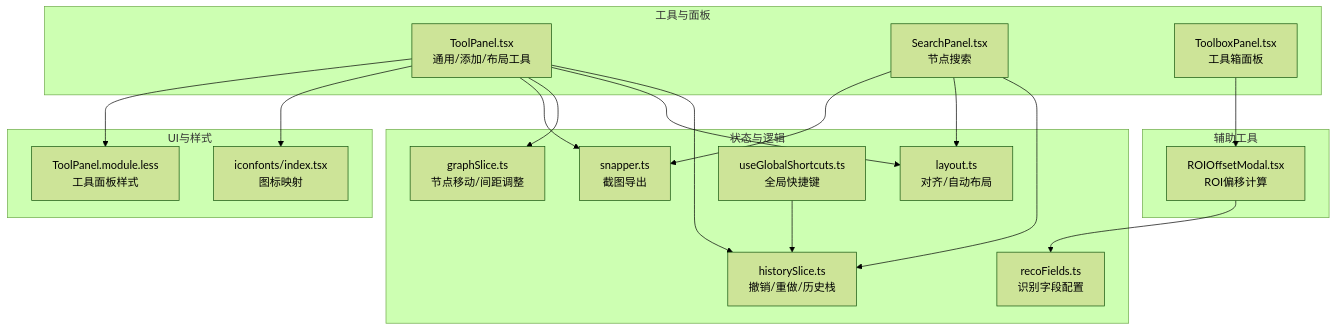
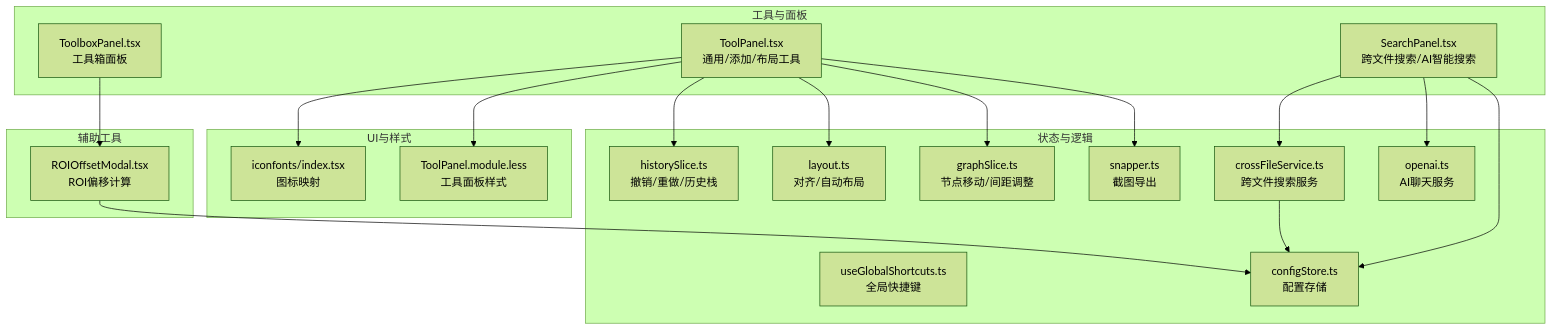
The first of 6 diagrams in .qoder/repowiki/zh/content/核心概念/工具/工具.md (kqcoxn/MaaPipelineEditor), drawn with Mermaid (forest theme) before and after one commit. The commit also changed other lines of this file and 6 other files, not shown here.

````diff
--- a/.qoder/repowiki/zh/content/核心概念/工具/工具.md
+++ b/.qoder/repowiki/zh/content/核心概念/工具/工具.md
@@ -59,35 +64,37 @@
 ```mermaid
 graph TB
 subgraph "工具与面板"
 TP["ToolPanel.tsx<br/>通用/添加/布局工具"]
-SP["SearchPanel.tsx<br/>节点搜索"]
+SP["SearchPanel.tsx<br/>跨文件搜索/AI智能搜索"]
 TB["ToolboxPanel.tsx<br/>工具箱面板"]
 end
 subgraph "状态与逻辑"
 HS["historySlice.ts<br/>撤销/重做/历史栈"]
 LH["layout.ts<br/>对齐/自动布局"]
 GS["graphSlice.ts<br/>节点移动/间距调整"]
 SNAP["snapper.ts<br/>截图导出"]
 GSH["useGlobalShortcuts.ts<br/>全局快捷键"]
-RF["recoFields.ts<br/>识别字段配置"]
+CF["crossFileService.ts<br/>跨文件搜索服务"]
+OPENAI["openai.ts<br/>AI聊天服务"]
+CS["configStore.ts<br/>配置存储"]
 end
 subgraph "UI与样式"
 ICON["iconfonts/index.tsx<br/>图标映射"]
 STYLE["ToolPanel.module.less<br/>工具面板样式"]
 end
 subgraph "辅助工具"
 ROI["ROIOffsetModal.tsx<br/>ROI偏移计算"]
 end
 TP --> HS
 TP --> LH
 TP --> GS
 TP --> SNAP
 TP --> ICON
 TP --> STYLE
-SP --> HS
-SP --> LH
-SP --> SNAP
-GSH --> HS
+SP --> CF
+SP --> OPENAI
+SP --> CS
+CF --> CS
 TB --> ROI
-ROI --> RF
+ROI --> CS
 ```
````
